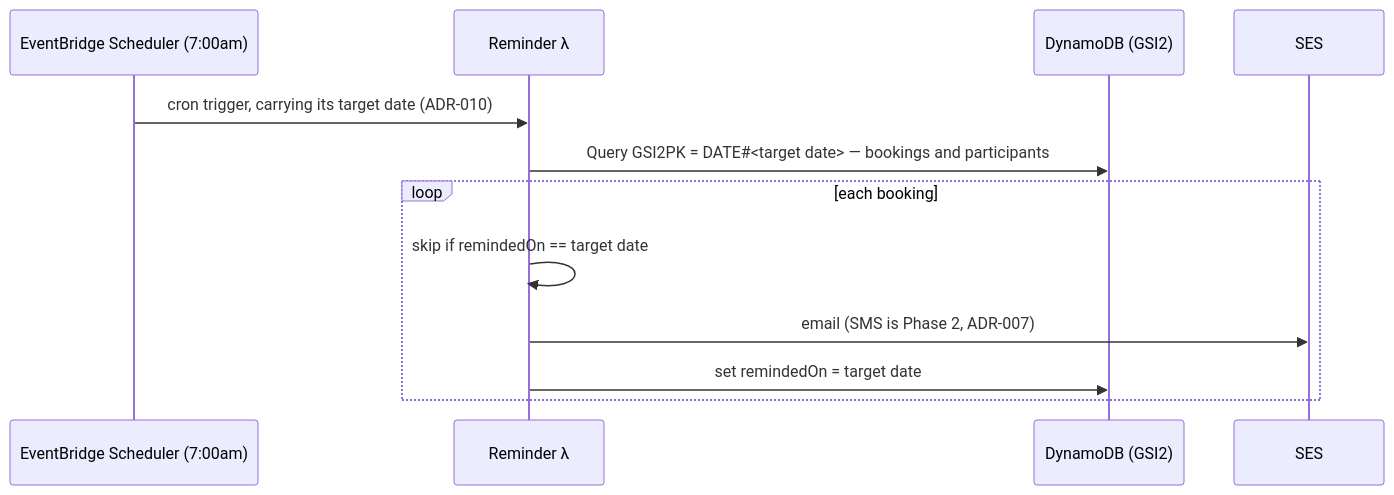
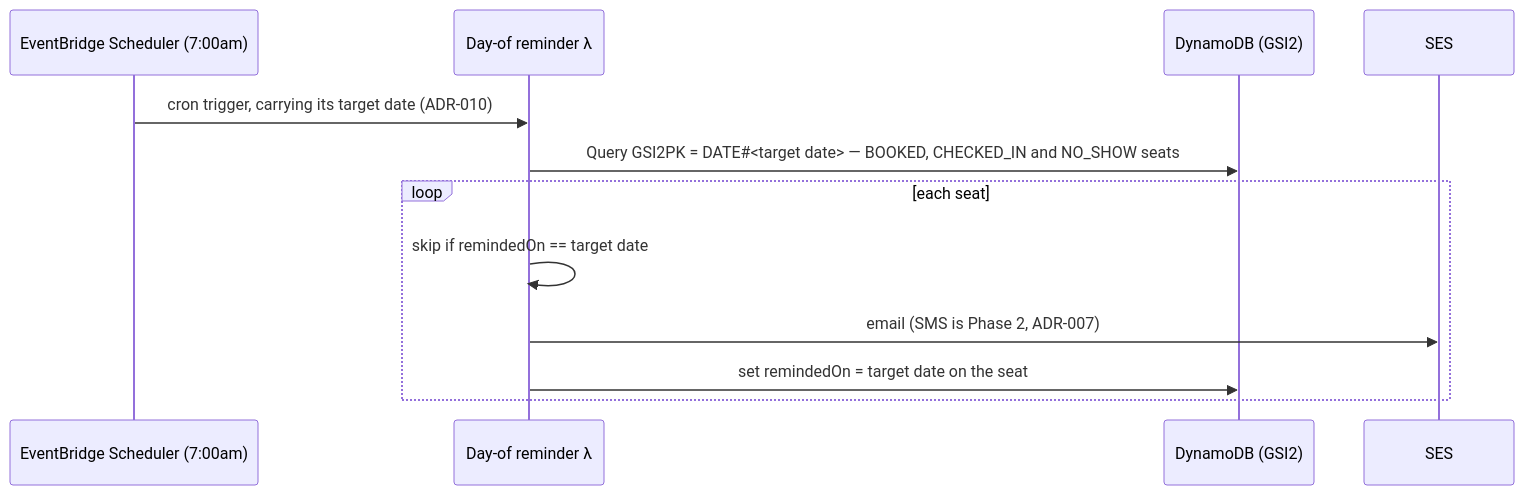
Before and after one commit to jessicamvega6/bladebook: the sixth of 23 diagrams in docs/architecture.md, drawn with Mermaid. The commit also changed other lines of this file and 26 other files, not shown here.

First line of the commit message:
Design doc updates: diagrams synced, shared-lesson and leave rules

````diff
--- a/docs/architecture.md
+++ b/docs/architecture.md
@@ -638,14 +818,14 @@
 ```mermaid
 sequenceDiagram
     participant Sch as EventBridge Scheduler (7:00am)
-    participant R as Reminder λ
+    participant R as Day-of reminder λ
     participant DB as DynamoDB (GSI2)
     participant N as SES
     Sch->>R: cron trigger, carrying its target date (ADR-010)
-    R->>DB: Query GSI2PK = DATE#35;<target date> — bookings and participants
-    loop each booking
+    R->>DB: Query GSI2PK = DATE#35;<target date> — BOOKED, CHECKED_IN and NO_SHOW seats
+    loop each seat
         R->>R: skip if remindedOn == target date
         R->>N: email (SMS is Phase 2, ADR-007)
-        R->>DB: set remindedOn = target date
+        R->>DB: set remindedOn = target date on the seat
     end
 ```
````
